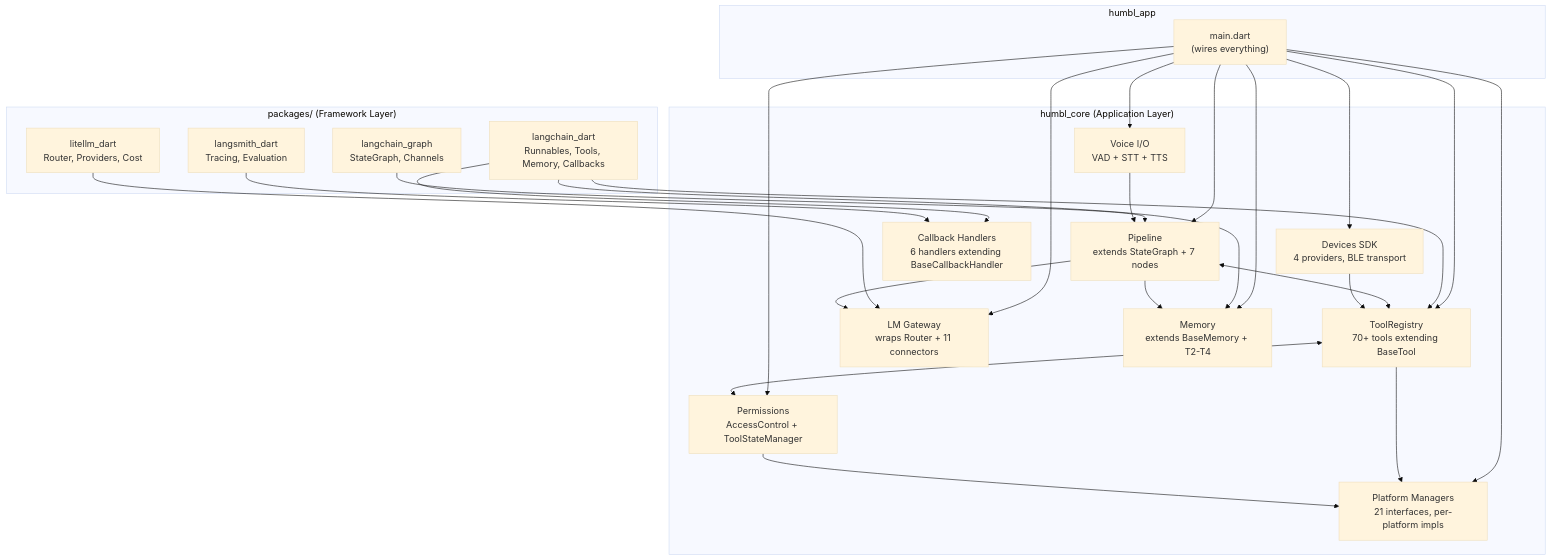
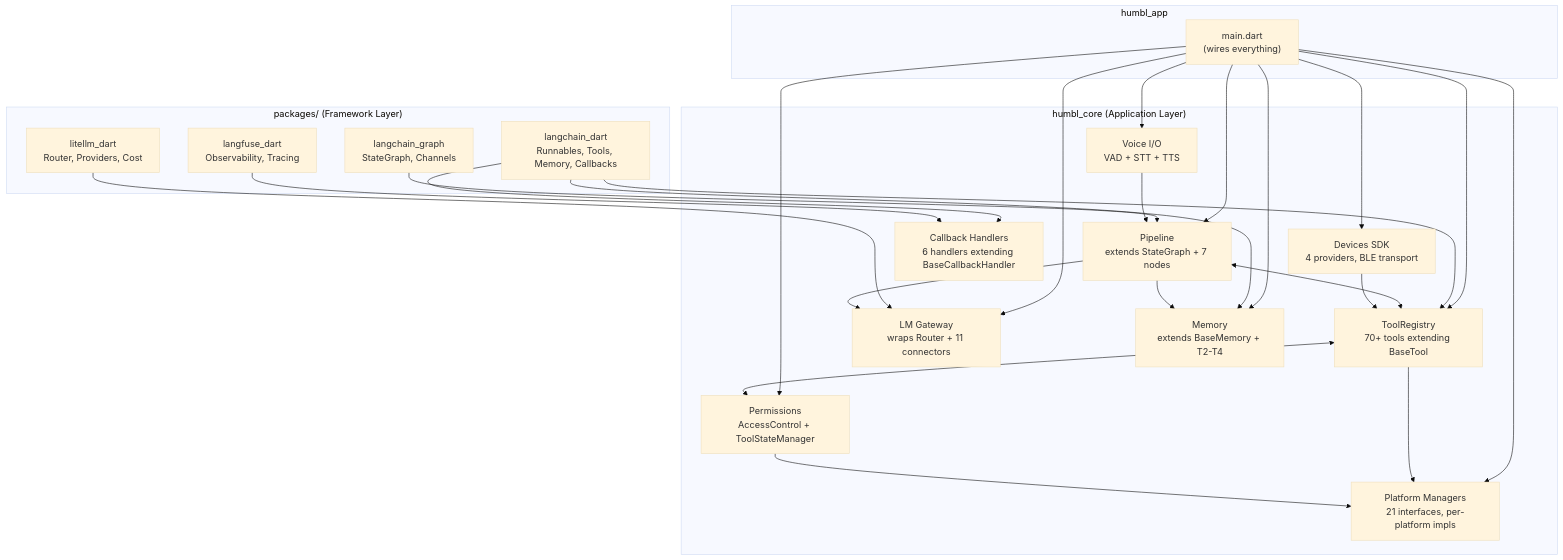
One commit to schatt-qwr/humbl-doc changed the second of 2 diagrams in docs/architecture/overview.md. Above: the diagram before and after it, drawn with Mermaid (base theme). The commit also changed other lines of this file and 13 other files, not shown here.

````diff
--- a/docs/architecture/overview.md
+++ b/docs/architecture/overview.md
@@ -230,50 +223,50 @@
 ```mermaid
 graph TB
     subgraph "humbl_app"
         APP["main.dart<br/>(wires everything)"]
     end
 
     subgraph "packages/ (Framework Layer)"
         LC["langchain_dart<br/>Runnables, Tools, Memory, Callbacks"]
         LG["langchain_graph<br/>StateGraph, Channels"]
         LT["litellm_dart<br/>Router, Providers, Cost"]
-        LS["langsmith_dart<br/>Tracing, Evaluation"]
+        LS["langfuse_dart<br/>Observability, Tracing"]
     end
 
     subgraph "humbl_core (Application Layer)"
         PIPE["Pipeline<br/>extends StateGraph + 7 nodes"]
         TOOL["ToolRegistry<br/>70+ tools extending BaseTool"]
         PERM["Permissions<br/>AccessControl + ToolStateManager"]
         PLAT["Platform Managers<br/>21 interfaces, per-platform impls"]
         LMG["LM Gateway<br/>wraps Router + 11 connectors"]
         MEM["Memory<br/>extends BaseMemory + T2-T4"]
         DEV["Devices SDK<br/>4 providers, BLE transport"]
         VOICE["Voice I/O<br/>VAD + STT + TTS"]
         CB["Callback Handlers<br/>6 handlers extending BaseCallbackHandler"]
     end
 
     APP --> PIPE
     APP --> TOOL
     APP --> PERM
     APP --> PLAT
     APP --> LMG
     APP --> MEM
     APP --> DEV
     APP --> VOICE
 
     LC --> TOOL
     LC --> MEM
     LC --> CB
     LG --> PIPE
     LT --> LMG
     LS --> CB
 
     PIPE <--> TOOL
     PIPE --> LMG
     PIPE --> MEM
     TOOL <--> PERM
     TOOL --> PLAT
     PERM --> PLAT
     DEV --> TOOL
     VOICE --> PIPE
 ```
````
